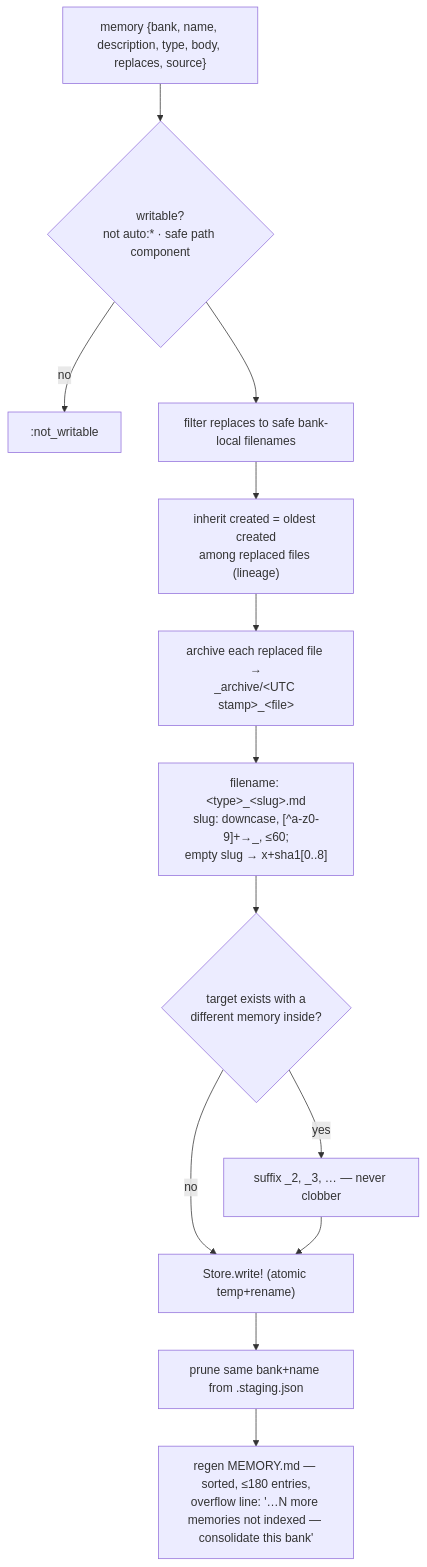
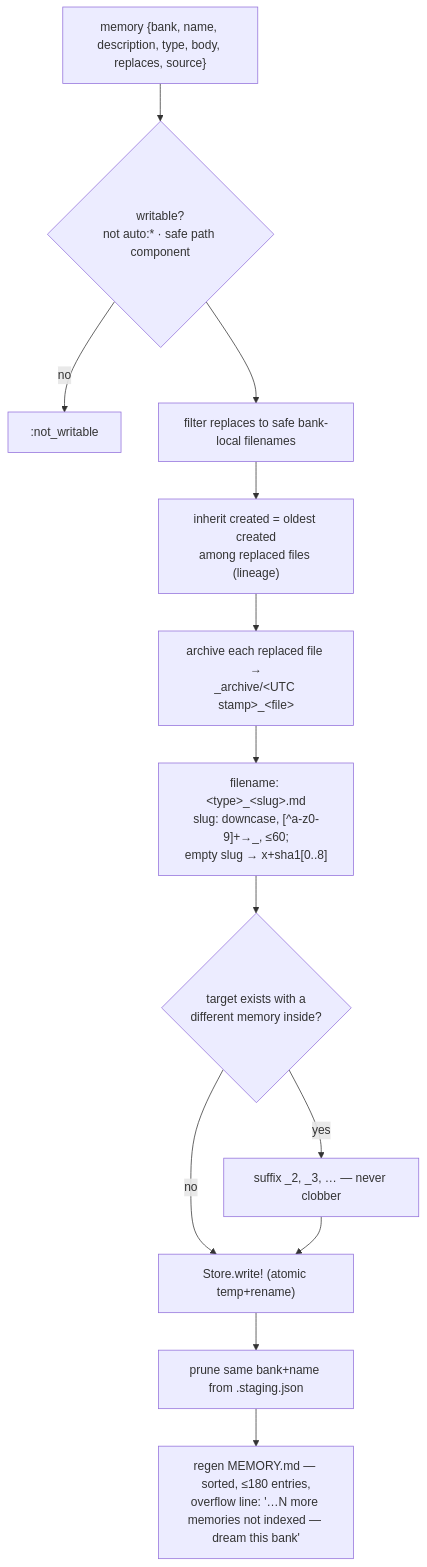
The third of 8 diagrams in @apps/web/lib/core/memory.md (jgeschwendt/.claude), drawn with Mermaid before and after one commit. The commit also changed other lines of this file and 8 other files, not shown here.

````diff
--- a/@apps/web/lib/core/memory.md
+++ b/@apps/web/lib/core/memory.md
@@ -145,16 +145,16 @@
 ```mermaid
 flowchart TD
     IN["memory {bank, name, description, type, body, replaces, source}"]
     IN --> W{"writable?<br/>not auto:* · safe path component"}
     W -->|no| REJ[":not_writable"]
     W --> R["filter replaces to safe bank-local filenames"]
     R --> CR["inherit created = oldest created<br/>among replaced files (lineage)"]
     CR --> AR["archive each replaced file →<br/>_archive/&lt;UTC stamp&gt;_&lt;file&gt;"]
     AR --> FN["filename: &lt;type&gt;_&lt;slug&gt;.md<br/>slug: downcase, [^a-z0-9]+→_, ≤60;<br/>empty slug → x+sha1[0..8]"]
     FN --> COL{"target exists with a<br/>different memory inside?"}
     COL -->|yes| SUF["suffix _2, _3, … — never clobber"]
     COL -->|no| WR
     SUF --> WR["Store.write! (atomic temp+rename)"]
     WR --> PR["prune same bank+name from .staging.json"]
-    PR --> IX["regen MEMORY.md — sorted, ≤180 entries,<br/>overflow line: '…N more memories not indexed — consolidate this bank'"]
+    PR --> IX["regen MEMORY.md — sorted, ≤180 entries,<br/>overflow line: '…N more memories not indexed — dream this bank'"]
 ```
````
